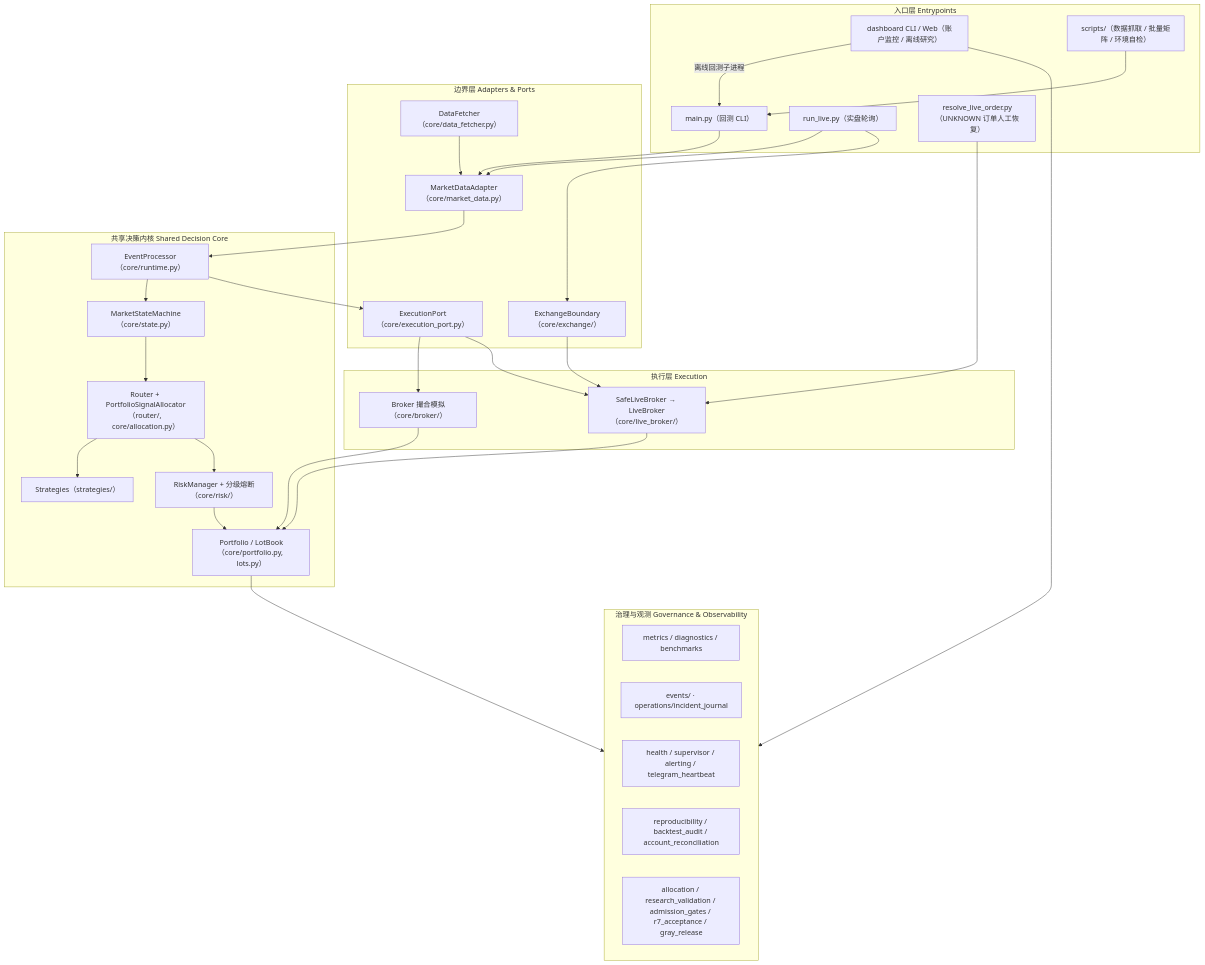
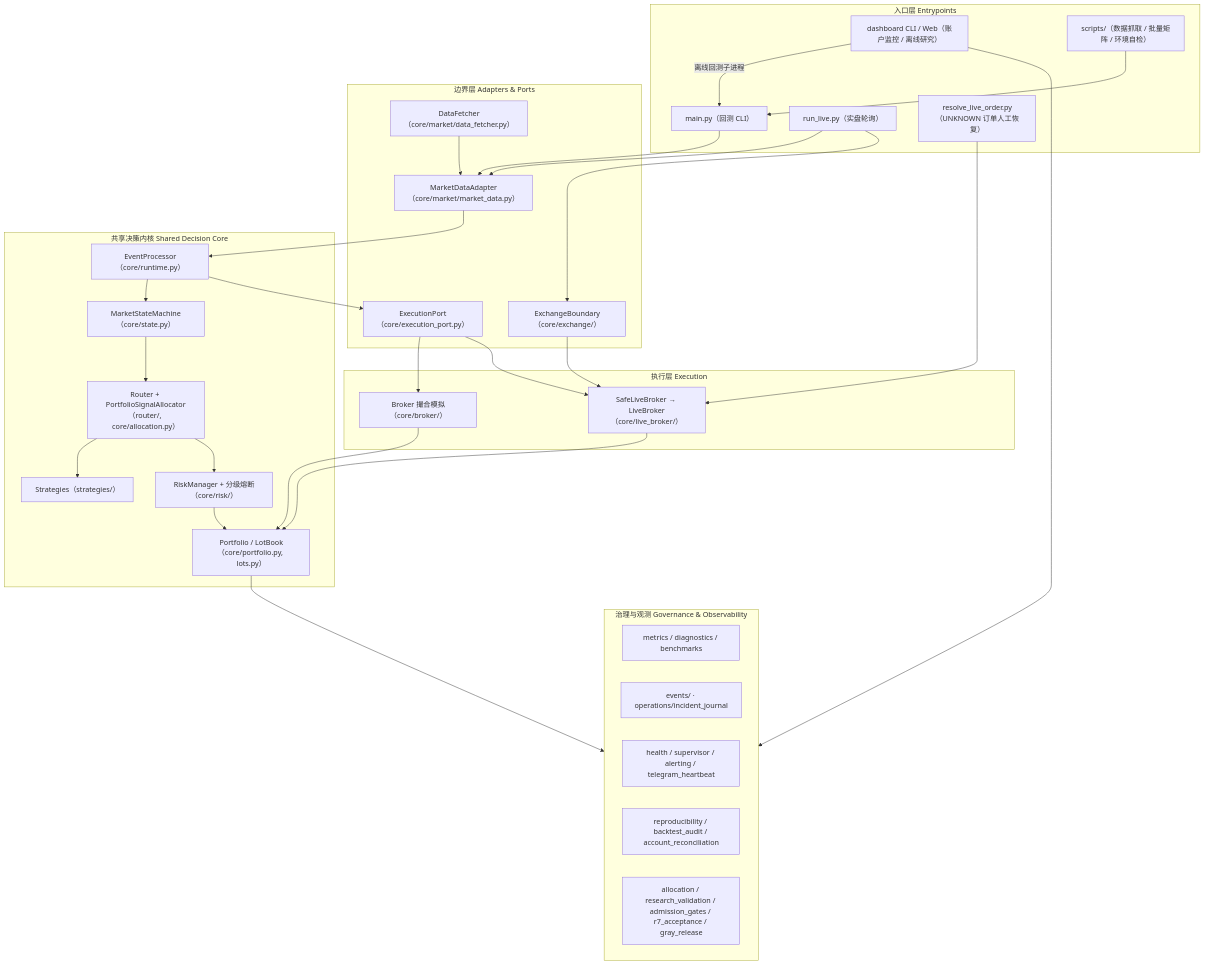
The first of 5 diagrams in README.md (user-nmmmmm/QuantTradingV2), drawn with Mermaid before and after one commit. The commit also changed other lines of this file and 146 other files, not shown here.

First line of the commit message:
refactor: move market-data modules to core/market (B2 cluster 1)

````diff
--- a/README.md
+++ b/README.md
@@ -82,58 +82,58 @@
 ```mermaid
 flowchart TB
     subgraph ENTRY["入口层 Entrypoints"]
         M["main.py（回测 CLI）"]
         RL["run_live.py（实盘轮询）"]
         RS["resolve_live_order.py（UNKNOWN 订单人工恢复）"]
         DB["dashboard CLI / Web（账户监控 / 离线研究）"]
         SC["scripts/（数据抓取 / 批量矩阵 / 环境自检）"]
     end
 
     subgraph BOUND["边界层 Adapters & Ports"]
-        MDA["MarketDataAdapter（core/market_data.py）"]
+        MDA["MarketDataAdapter（core/market/market_data.py）"]
         EXP["ExecutionPort（core/execution_port.py）"]
         EB["ExchangeBoundary（core/exchange/）"]
-        DF["DataFetcher（core/data_fetcher.py）"]
+        DF["DataFetcher（core/market/data_fetcher.py）"]
     end
 
     subgraph KERNEL["共享决策内核 Shared Decision Core"]
         EP["EventProcessor（core/runtime.py）"]
         SM["MarketStateMachine（core/state.py）"]
         RT["Router + PortfolioSignalAllocator（router/, core/allocation.py）"]
         ST["Strategies（strategies/）"]
         RK["RiskManager + 分级熔断（core/risk/）"]
         PF["Portfolio / LotBook（core/portfolio.py, lots.py）"]
     end
 
     subgraph EXEC["执行层 Execution"]
         BK["Broker 撮合模拟（core/broker/）"]
         LB["SafeLiveBroker → LiveBroker（core/live_broker/）"]
     end
 
     subgraph OBS["治理与观测 Governance & Observability"]
         MT["metrics / diagnostics / benchmarks"]
         EV["events/ · operations/incident_journal"]
         HS["health / supervisor / alerting / telegram_heartbeat"]
         RP["reproducibility / backtest_audit / account_reconciliation"]
         PH["allocation / research_validation / admission_gates / r7_acceptance / gray_release"]
     end
 
     SC --> M
     M --> MDA
     RL --> MDA
     RL --> EB
     DF --> MDA
     MDA --> EP
     EP --> SM --> RT --> ST
     RT --> RK --> PF
     EP --> EXP
     EXP --> BK
     EXP --> LB
     EB --> LB
     BK --> PF
     LB --> PF
     PF --> OBS
     RS --> LB
     DB --> OBS
     DB -->|离线回测子进程| M
 ```
````
